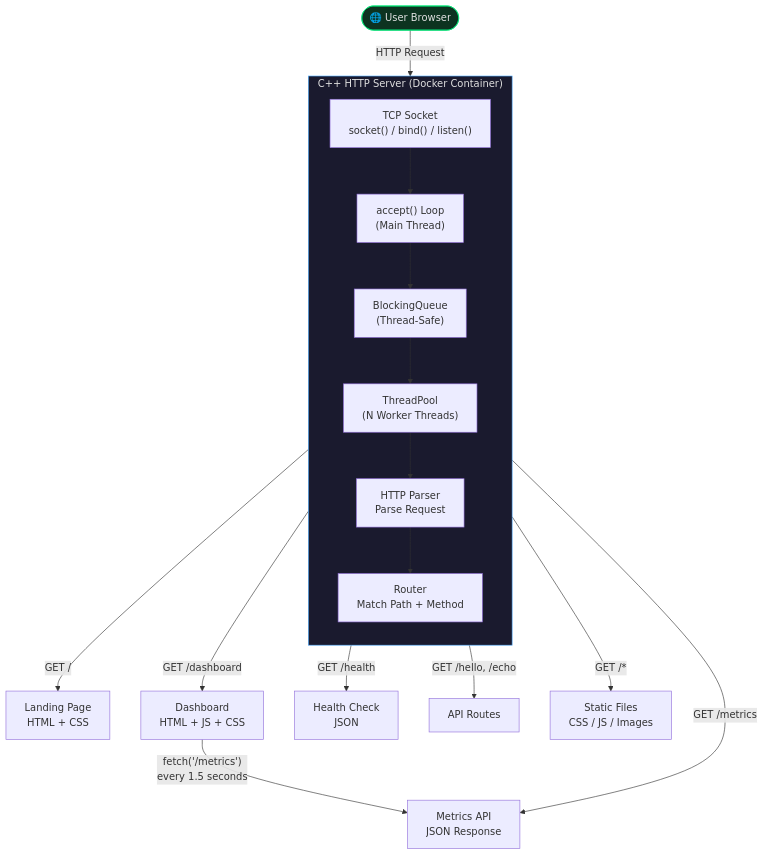
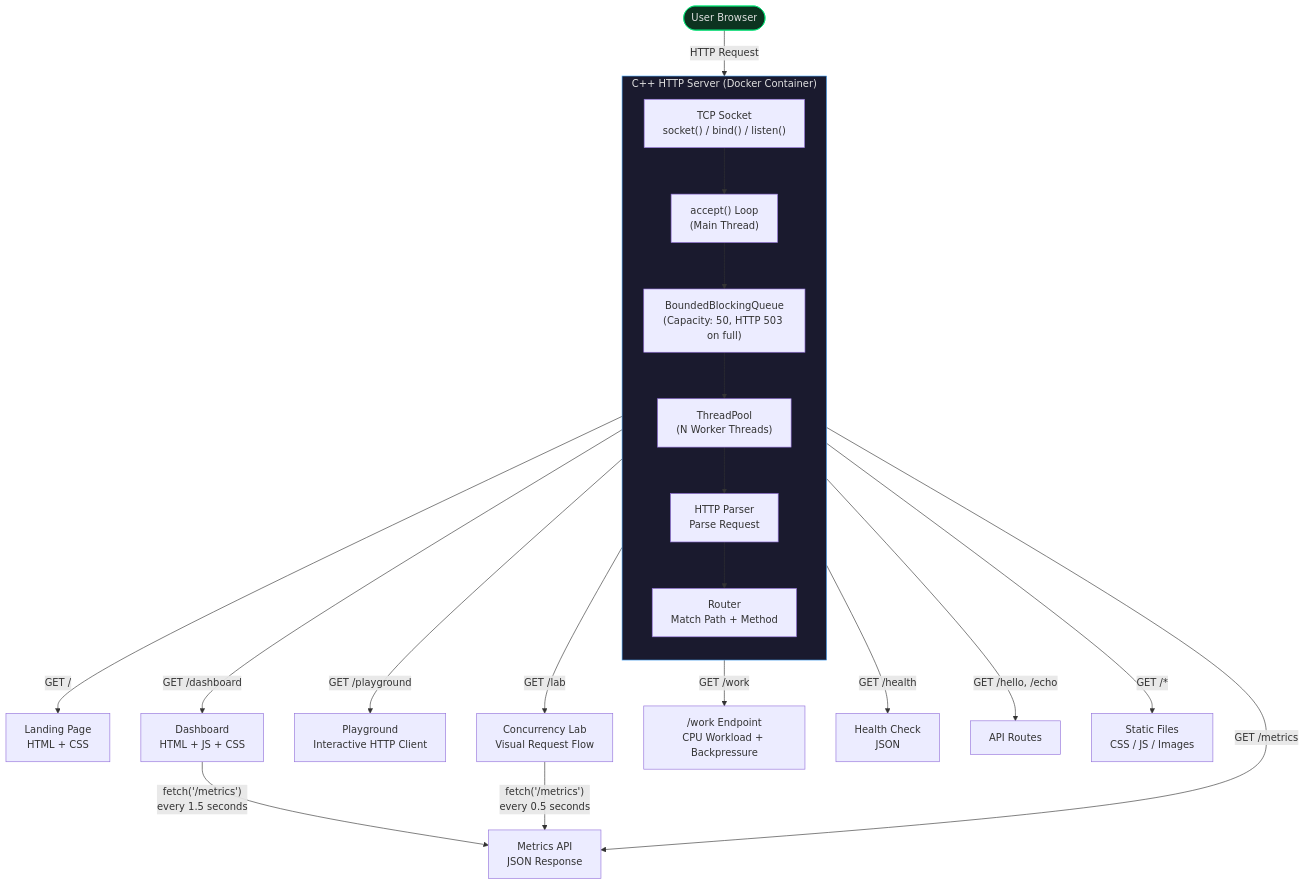
One commit to pavanjarpula/Multithreaded-HTTP-Server changed the first of 2 diagrams in README.md. Above: the diagram before and after it, drawn with Mermaid. The commit also changed other lines of this file and 16 other files, not shown here.

First line of the commit message:
feat: bounded queue, backpressure, playground, lab, concurrency visualization

````diff
--- a/README.md
+++ b/README.md
@@ -63,30 +65,34 @@
 ```mermaid
 flowchart TD
-    User([🌐 User Browser])
+    User([User Browser])
     
     subgraph Server["C++ HTTP Server (Docker Container)"]
         direction TB
         TCP["TCP Socket<br/>socket() / bind() / listen()"]
         Accept["accept() Loop<br/>(Main Thread)"]
-        Queue["BlockingQueue<br/>(Thread-Safe)"]
+        Queue["BoundedBlockingQueue<br/>(Capacity: 50, HTTP 503 on full)"]
         Pool["ThreadPool<br/>(N Worker Threads)"]
         Parser["HTTP Parser<br/>Parse Request"]
         Router["Router<br/>Match Path + Method"]
         
         TCP --> Accept --> Queue --> Pool --> Parser --> Router
     end
     
     User -->|HTTP Request| TCP
     
     Router -->|GET /| Landing["Landing Page<br/>HTML + CSS"]
     Router -->|GET /dashboard| Dashboard["Dashboard<br/>HTML + JS + CSS"]
+    Router -->|GET /playground| Playground["Playground<br/>Interactive HTTP Client"]
+    Router -->|GET /lab| Lab["Concurrency Lab<br/>Visual Request Flow"]
+    Router -->|GET /work| Work["/work Endpoint<br/>CPU Workload + Backpressure"]
     Router -->|GET /metrics| Metrics["Metrics API<br/>JSON Response"]
     Router -->|GET /health| Health["Health Check<br/>JSON"]
     Router -->|GET /hello, /echo| API["API Routes"]
     Router -->|GET /*| Static["Static Files<br/>CSS / JS / Images"]
     
     Dashboard -->|"fetch('/metrics')<br/>every 1.5 seconds"| Metrics
+    Lab -->|"fetch('/metrics')<br/>every 0.5 seconds"| Metrics
     
     style Server fill:#1a1a2e,stroke:#4facfe,color:#e0e0e0
     style User fill:#0d3320,stroke:#00e676,color:#e0e0e0
 ```
````
